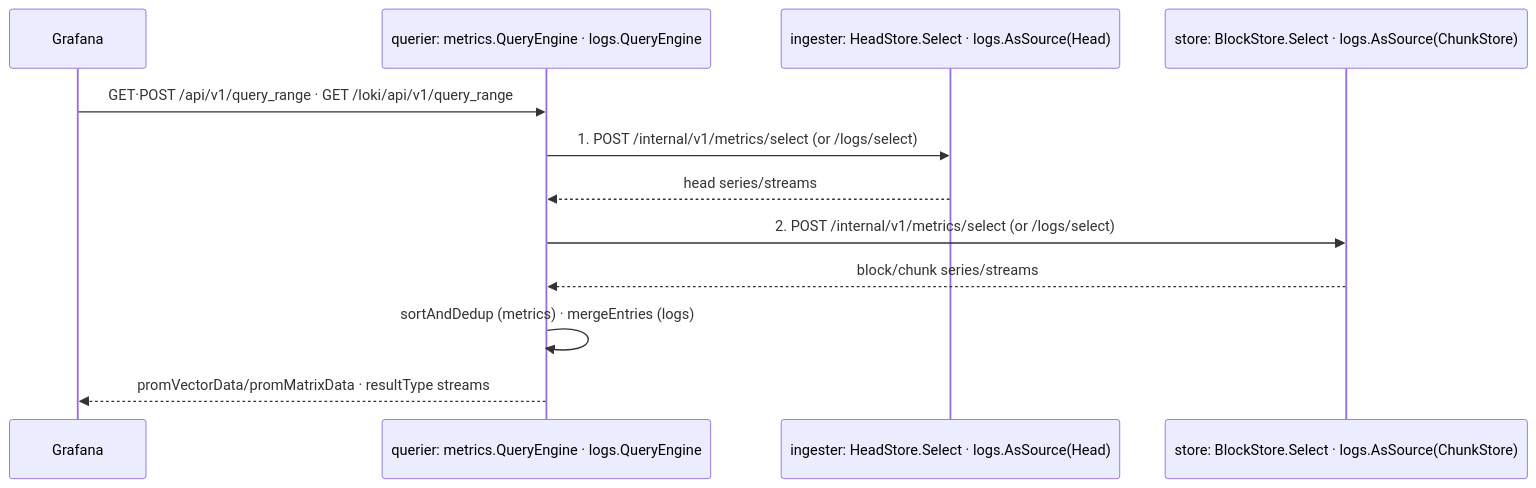
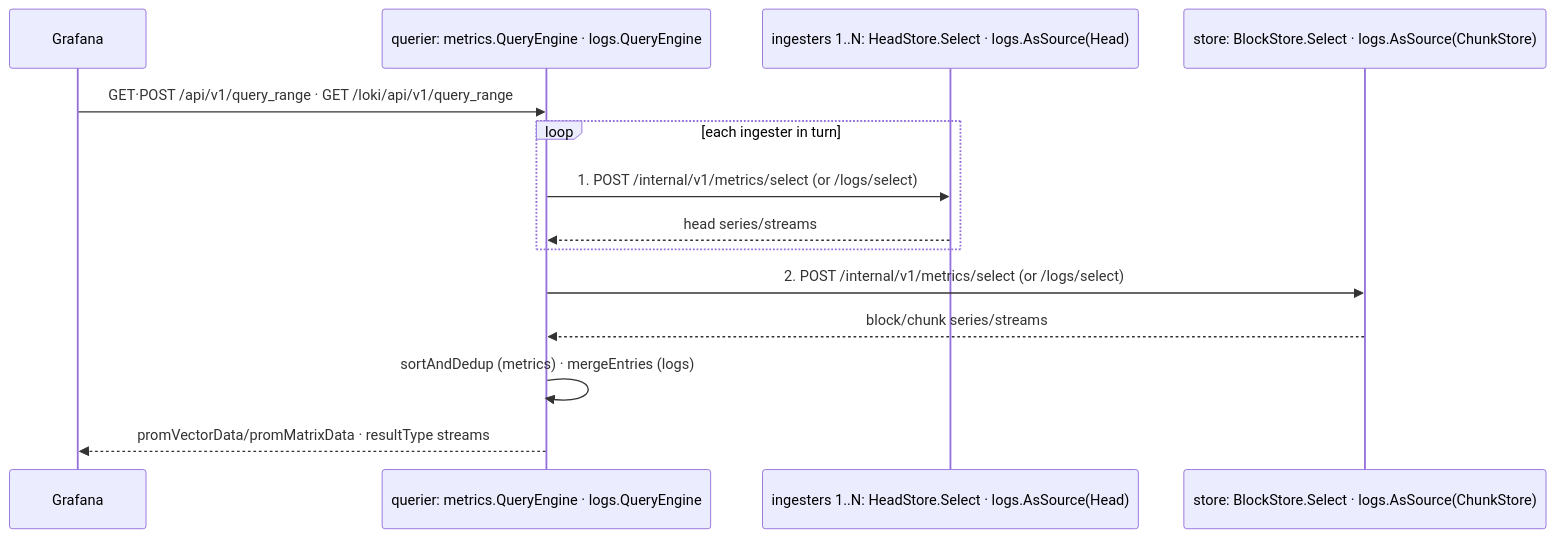
One commit to Weilei424/observability-platform changed the fourth of 5 diagrams in docs/architecture/components.md. Above: the diagram before and after it, drawn with Mermaid. The commit also changed other lines of this file, not shown here.

Commit message:
docs(architecture): describe the ring, routed writes, N-way reads, and membership changes

````diff
--- a/docs/architecture/components.md
+++ b/docs/architecture/components.md
@@ -119,14 +236,16 @@
 ```mermaid
 sequenceDiagram
   participant GR as Grafana
   participant Q as querier: metrics.QueryEngine · logs.QueryEngine
-  participant I as ingester: HeadStore.Select · logs.AsSource(Head)
+  participant I as ingesters 1..N: HeadStore.Select · logs.AsSource(Head)
   participant S as store: BlockStore.Select · logs.AsSource(ChunkStore)
   GR->>Q: GET·POST /api/v1/query_range · GET /loki/api/v1/query_range
-  Q->>I: 1. POST /internal/v1/metrics/select (or /logs/select)
-  I-->>Q: head series/streams
+  loop each ingester in turn
+    Q->>I: 1. POST /internal/v1/metrics/select (or /logs/select)
+    I-->>Q: head series/streams
+  end
   Q->>S: 2. POST /internal/v1/metrics/select (or /logs/select)
   S-->>Q: block/chunk series/streams
   Q->>Q: sortAndDedup (metrics) · mergeEntries (logs)
   Q-->>GR: promVectorData/promMatrixData · resultType streams
 ```
````
